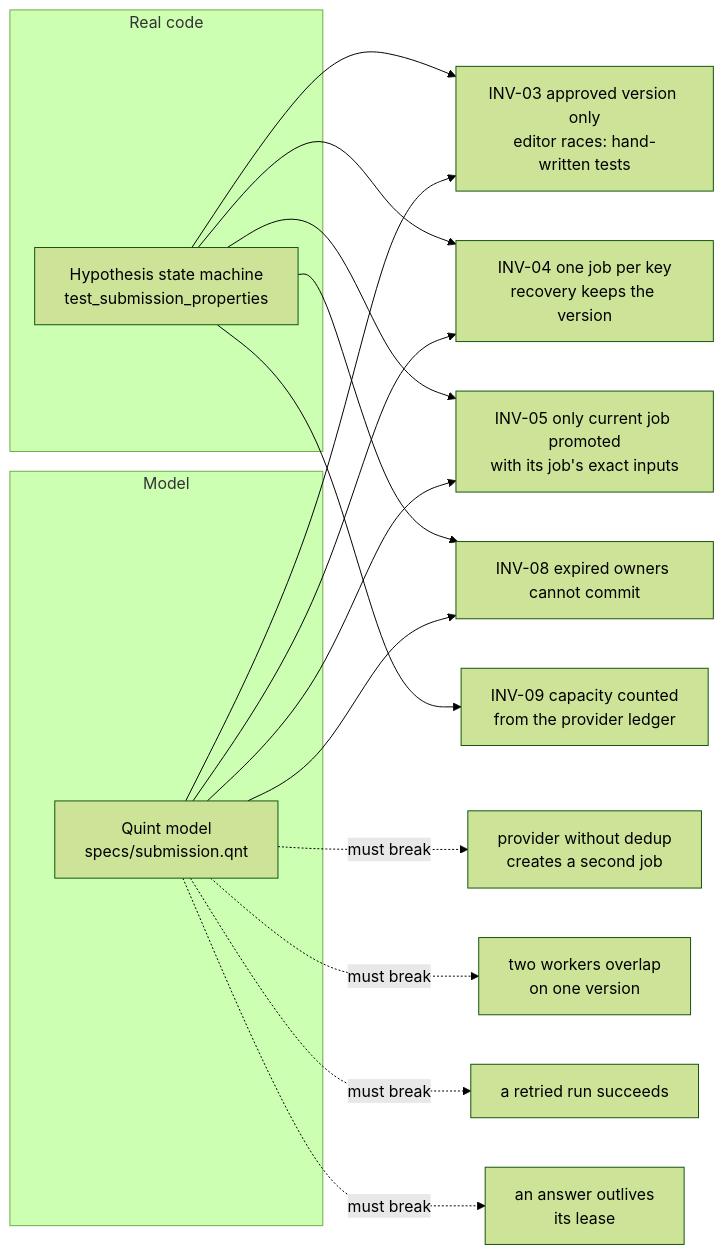
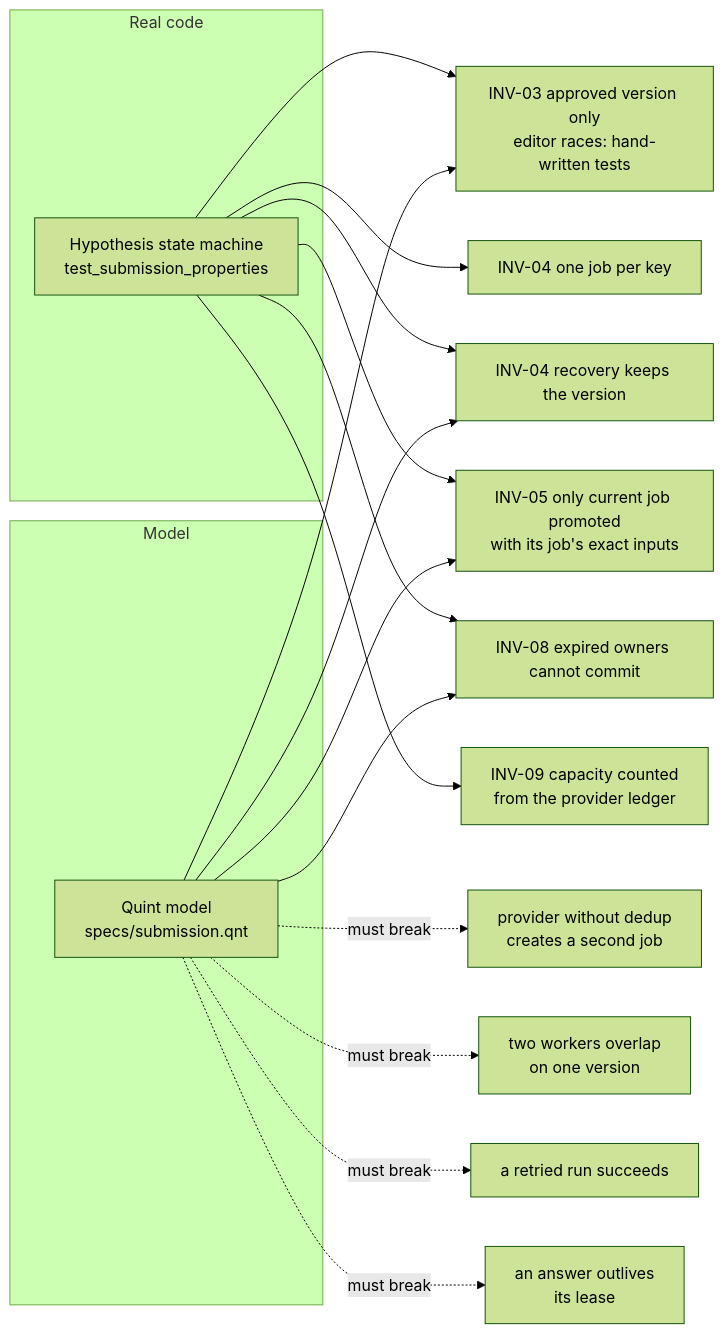
Diagram 11 of 11 in docs/diagrams.md (woolnerd/media-qc-agent), drawn with Mermaid (forest theme) before and after one commit. The commit also changed 4 other files, not shown here.

````diff
--- a/docs/diagrams.md
+++ b/docs/diagrams.md
@@ -374,22 +374,23 @@
 ```mermaid
 flowchart LR
     subgraph Real code
         H[Hypothesis state machine<br/>test_submission_properties]
     end
     subgraph Model
         Q[Quint model<br/>specs/submission.qnt]
     end
     H --> I3[INV-03 approved version only<br/>editor races: hand-written tests]
-    H --> I4[INV-04 one job per key<br/>recovery keeps the version]
+    H --> I4[INV-04 one job per key]
+    H --> I4R[INV-04 recovery keeps the version]
     H --> I5[INV-05 only current job promoted<br/>with its job's exact inputs]
     H --> I8[INV-08 expired owners cannot commit]
     H --> I9[INV-09 capacity counted<br/>from the provider ledger]
     Q --> I3
-    Q --> I4
+    Q --> I4R
     Q --> I5
     Q --> I8
     Q -. must break .-> W1[provider without dedup<br/>creates a second job]
     Q -. must break .-> W2[two workers overlap<br/>on one version]
     Q -. must break .-> W3[a retried run succeeds]
     Q -. must break .-> W4[an answer outlives<br/>its lease]
 ```
````
